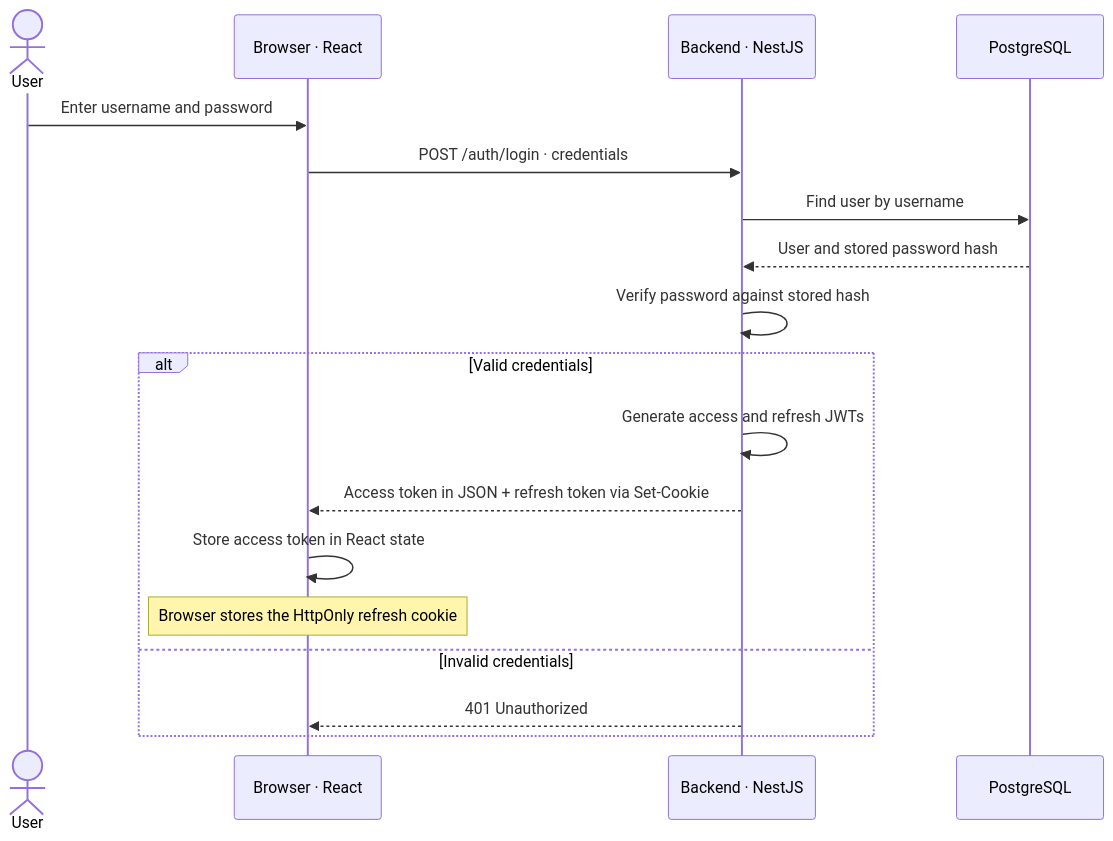
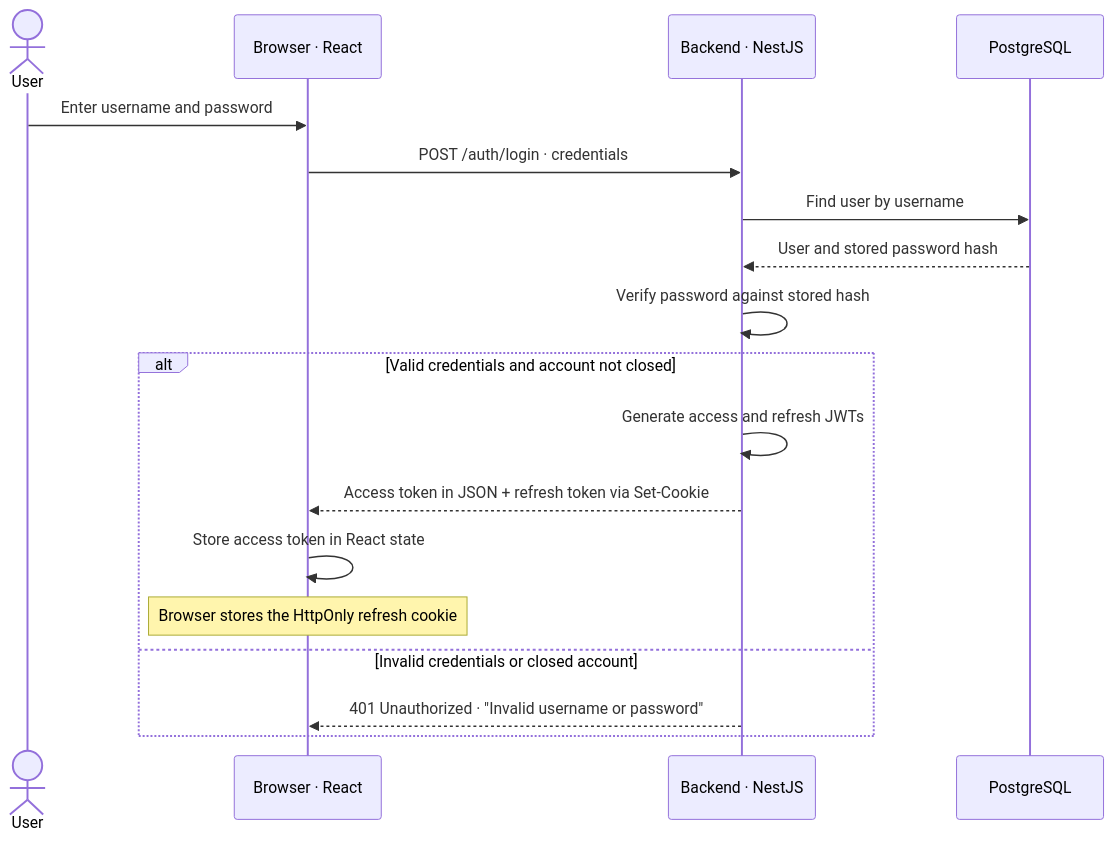
Before and after one commit to gorlamies/salici: the first of 3 diagrams in docs/authentication.md, drawn with Mermaid. The commit also changed other lines of this file and 7 other files, not shown here.

````diff
--- a/docs/authentication.md
+++ b/docs/authentication.md
@@ -11,22 +22,22 @@
 ```mermaid
 sequenceDiagram
     actor User
     participant Browser as Browser · React
     participant Backend as Backend · NestJS
     participant Database as PostgreSQL
 
     User->>Browser: Enter username and password
     Browser->>Backend: POST /auth/login · credentials
     Backend->>Database: Find user by username
     Database-->>Backend: User and stored password hash
     Backend->>Backend: Verify password against stored hash
 
-    alt Valid credentials
+    alt Valid credentials and account not closed
         Backend->>Backend: Generate access and refresh JWTs
         Backend-->>Browser: Access token in JSON + refresh token via Set-Cookie
         Browser->>Browser: Store access token in React state
         Note over Browser: Browser stores the HttpOnly refresh cookie
-    else Invalid credentials
-        Backend-->>Browser: 401 Unauthorized
+    else Invalid credentials or closed account
+        Backend-->>Browser: 401 Unauthorized · "Invalid username or password"
     end
 ```
````
